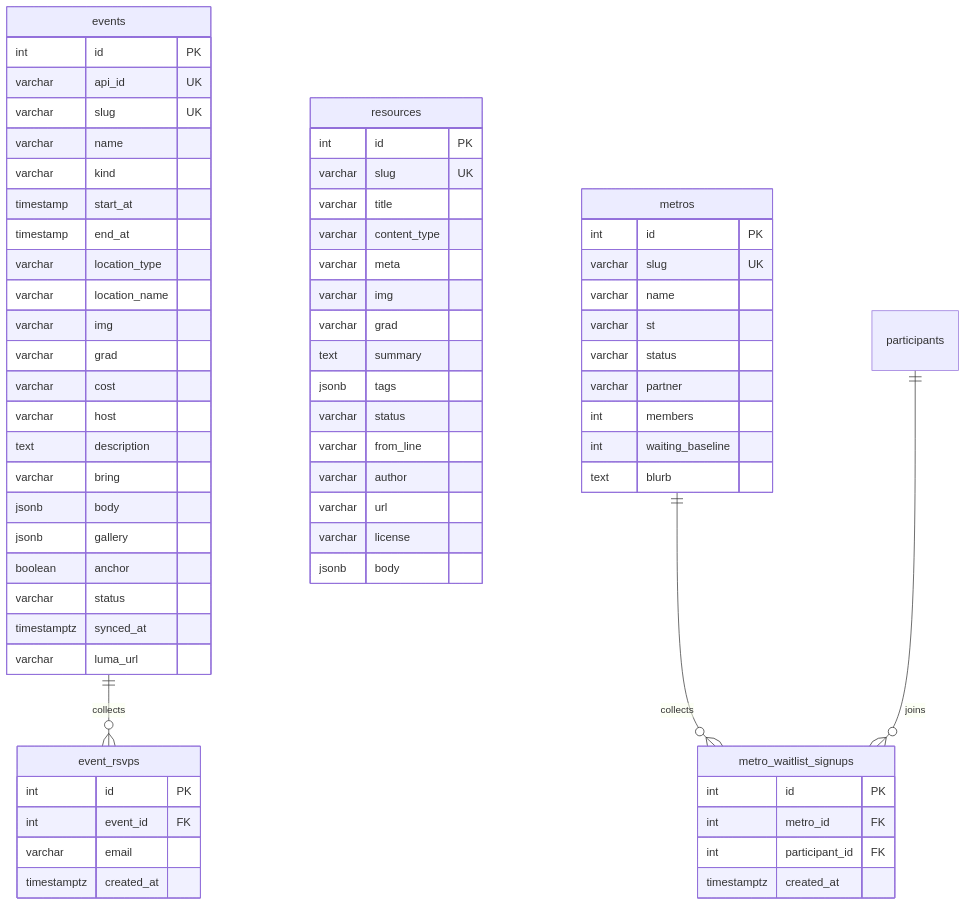
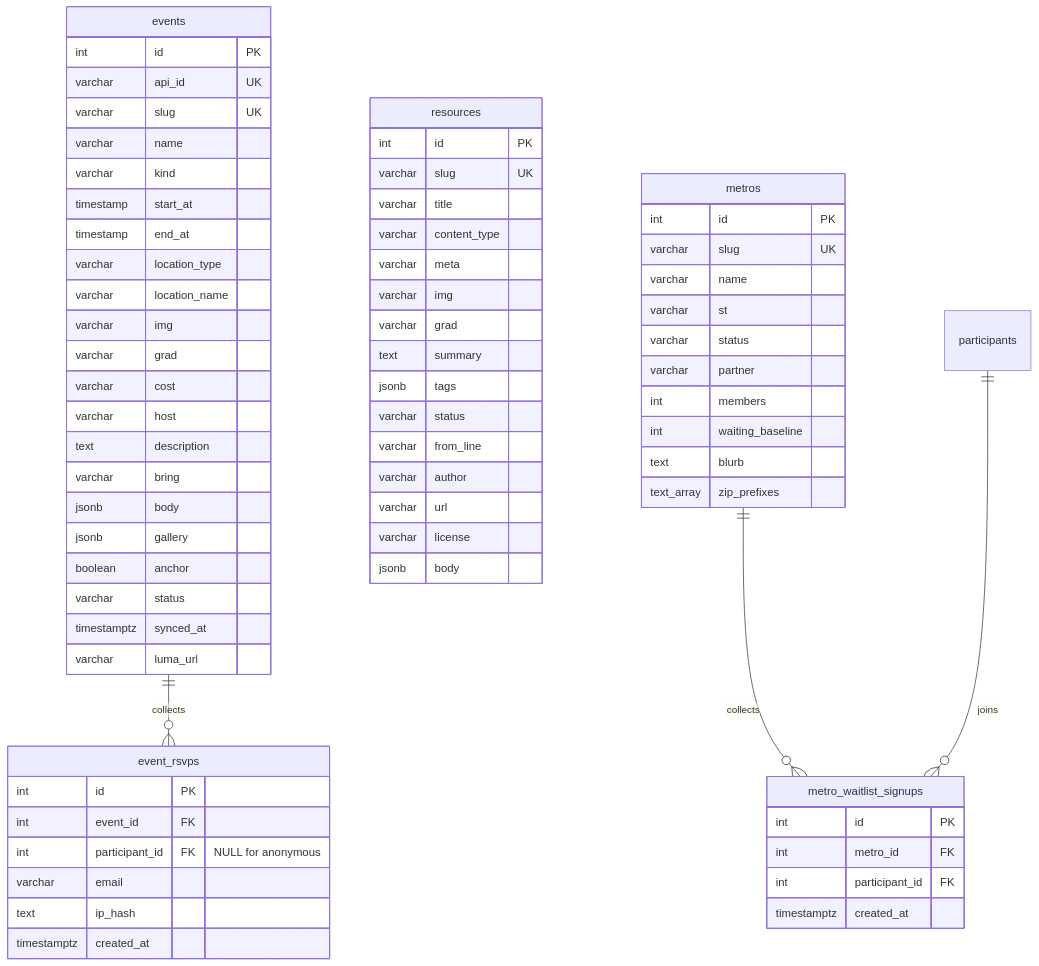
The seventh of 7 diagrams in SCHEMA.md (TheUpskillingLabs/OLOS), drawn with Mermaid before and after one commit. The commit also changed other lines of this file and 14 other files, not shown here.

First line of the commit message:
chore: schema hardening batch (00037, 00038) + app cleanups

````diff
--- a/SCHEMA.md
+++ b/SCHEMA.md
@@ -425,74 +425,77 @@
 ```mermaid
 erDiagram
     events {
         int id PK
         varchar api_id UK
         varchar slug UK
         varchar name
         varchar kind
         timestamp start_at
         timestamp end_at
         varchar location_type
         varchar location_name
         varchar img
         varchar grad
         varchar cost
         varchar host
         text description
         varchar bring
         jsonb body
         jsonb gallery
         boolean anchor
         varchar status
         timestamptz synced_at
         varchar luma_url
     }
 
     resources {
         int id PK
         varchar slug UK
         varchar title
         varchar content_type
         varchar meta
         varchar img
         varchar grad
         text summary
         jsonb tags
         varchar status
         varchar from_line
         varchar author
         varchar url
         varchar license
         jsonb body
     }
 
     metros {
         int id PK
         varchar slug UK
         varchar name
         varchar st
         varchar status
         varchar partner
         int members
         int waiting_baseline
         text blurb
+        text_array zip_prefixes
     }
 
     metro_waitlist_signups {
         int id PK
         int metro_id FK
         int participant_id FK
         timestamptz created_at
     }
 
     event_rsvps {
         int id PK
         int event_id FK
+        int participant_id FK "NULL for anonymous"
         varchar email
+        text ip_hash
         timestamptz created_at
     }
 
     metros ||--o{ metro_waitlist_signups : "collects"
     participants ||--o{ metro_waitlist_signups : "joins"
     events ||--o{ event_rsvps : "collects"
 ```
````
